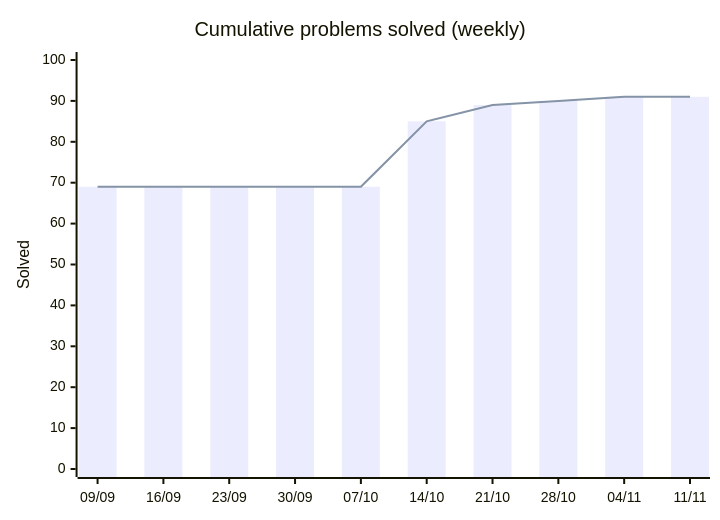
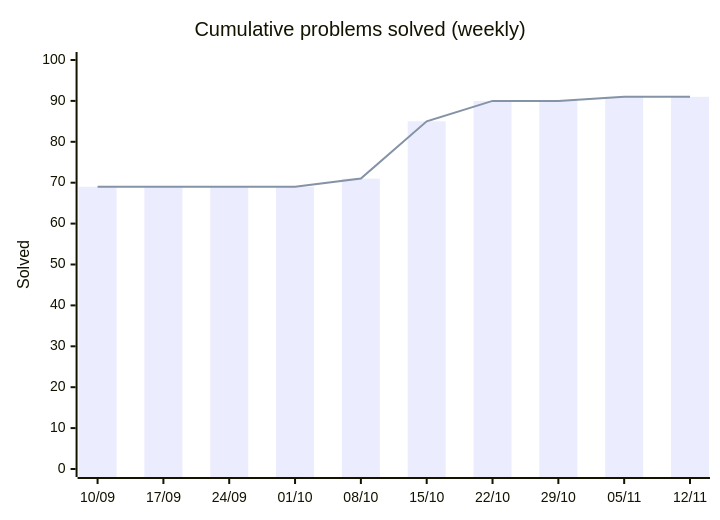
The first of 2 diagrams in README.md (HarryTrn/TensorTonic-Solutions), drawn with Mermaid before and after one commit. The commit also changed other lines of this file, not shown here.

Commit message:
docs: auto-update README [skip ci]

````diff
--- a/README.md
+++ b/README.md
@@ -65,8 +65,8 @@
 ```mermaid
 xychart-beta
     title "Cumulative problems solved (weekly)"
-    x-axis ["09/09", "16/09", "23/09", "30/09", "07/10", "14/10", "21/10", "28/10", "04/11", "11/11"]
+    x-axis ["10/09", "17/09", "24/09", "01/10", "08/10", "15/10", "22/10", "29/10", "05/11", "12/11"]
     y-axis "Solved" 0 --> 100
-    bar [69, 69, 69, 69, 69, 85, 89, 90, 91, 91]
-    line [69, 69, 69, 69, 69, 85, 89, 90, 91, 91]
+    bar [69, 69, 69, 69, 71, 85, 90, 90, 91, 91]
+    line [69, 69, 69, 69, 71, 85, 90, 90, 91, 91]
 ```
````
